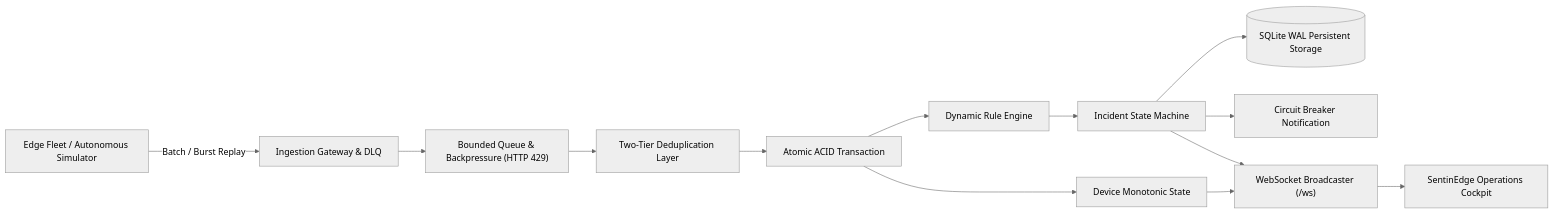
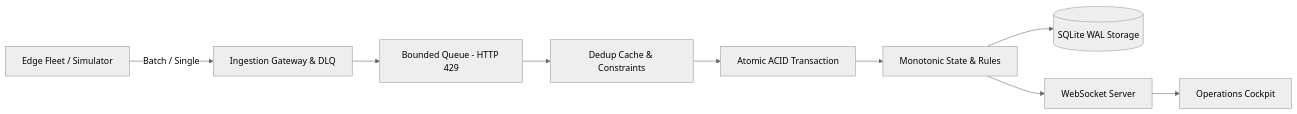
One commit to atulrana0209/SentinEdge changed the diagram in README.md. Above: the diagram before and after it, drawn with Mermaid (neutral theme). The commit also changed other lines of this file, not shown here.

Commit message:
docs: streamline README and finalize SentinEdge platform

````diff
--- a/README.md
+++ b/README.md
@@ -36,14 +28,11 @@
 ```mermaid
 graph LR
-    Dev["Edge Fleet / Autonomous Simulator"] -->|Batch / Burst Replay| Ingest["Ingestion Gateway & DLQ"]
-    Ingest --> Backpressure["Bounded Queue & Backpressure (HTTP 429)"]
-    Backpressure --> Dedup["Two-Tier Deduplication Layer"]
-    Dedup --> TX["Atomic ACID Transaction"]
-    TX --> State["Device Monotonic State"]
-    TX --> Rules["Dynamic Rule Engine"]
-    Rules --> Incidents["Incident State Machine"]
-    Incidents --> DB[("SQLite WAL Persistent Storage")]
-    Incidents --> CB["Circuit Breaker Notification"]
-    State & Incidents --> WS["WebSocket Broadcaster (/ws)"]
-    WS --> UI["SentinEdge Operations Cockpit"]
+    Dev[Edge Fleet / Simulator] -->|Batch / Single| Ingest[Ingestion Gateway & DLQ]
+    Ingest --> Backpressure[Bounded Queue - HTTP 429]
+    Backpressure --> Dedup[Dedup Cache & Constraints]
+    Dedup --> TX[Atomic ACID Transaction]
+    TX --> State[Monotonic State & Rules]
+    State --> DB[(SQLite WAL Storage)]
+    State --> WS[WebSocket Server]
+    WS --> UI[Operations Cockpit]
 ```
````
